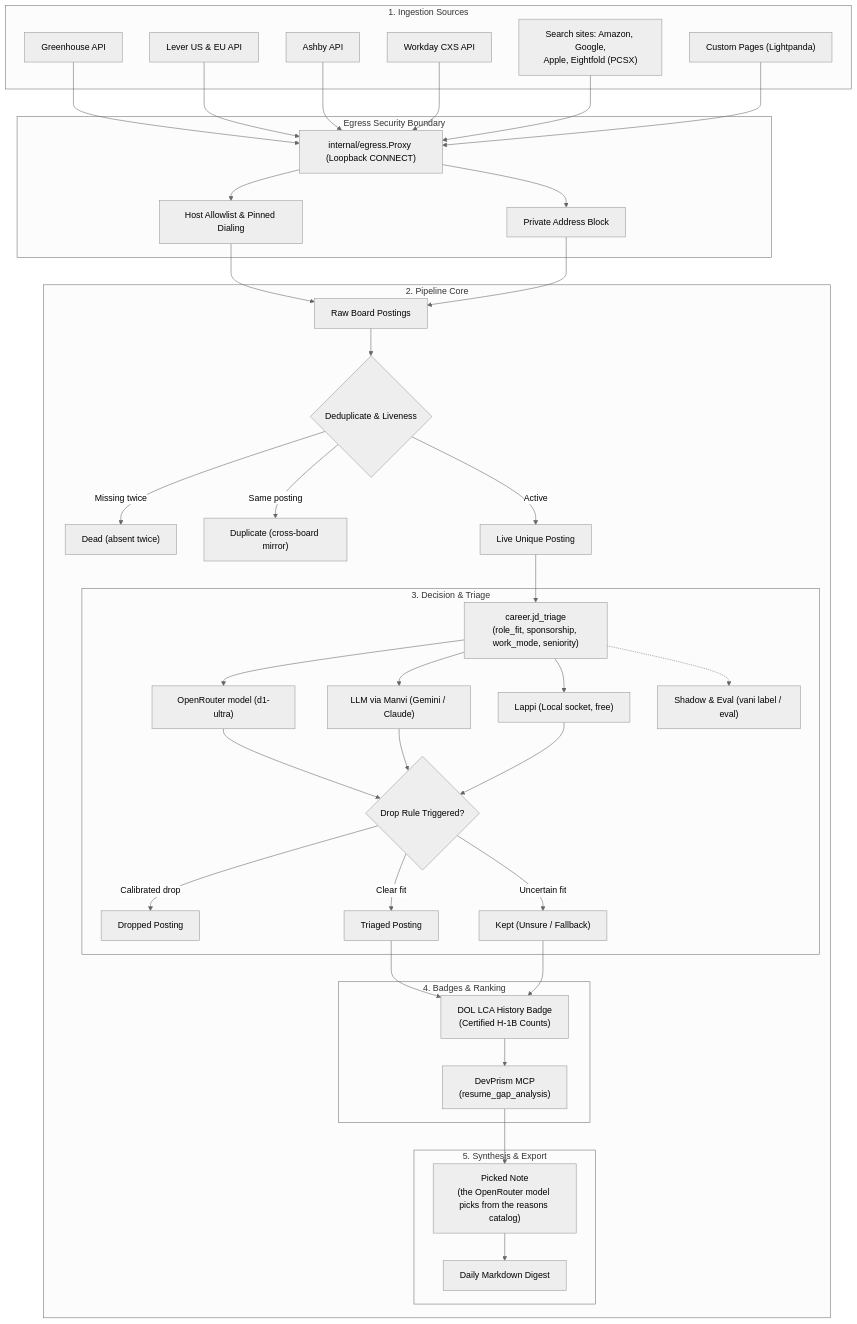
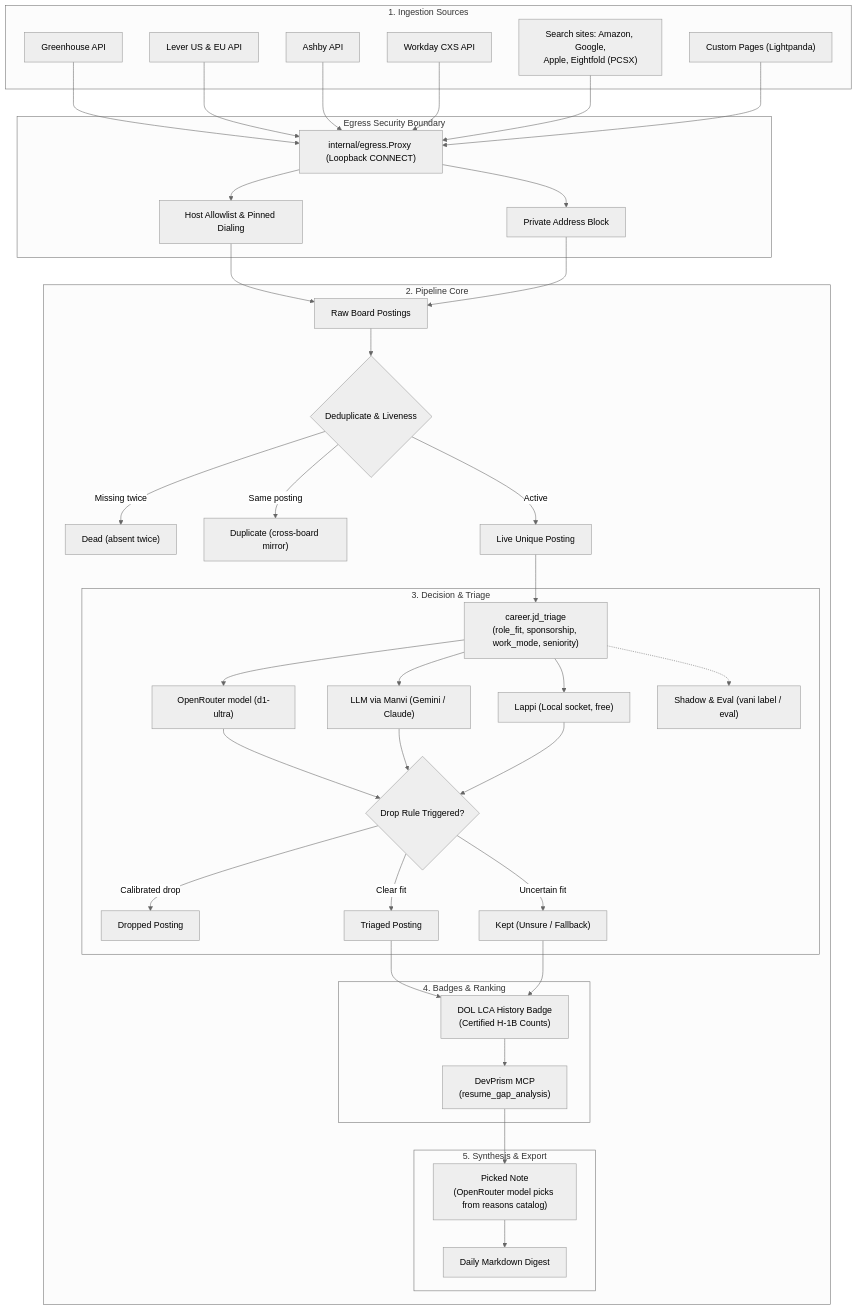
The first of 4 diagrams in README.md (bharathvbcr/vani), drawn with Mermaid (neutral theme) before and after one commit. The commit also changed other lines of this file and 6 other files, not shown here.

Commit message:
docs: add posting lifecycle state machine, decision tier architecture, PLAN.md, and make links relative

````diff
--- a/README.md
+++ b/README.md
@@ -16,68 +16,68 @@
 ```mermaid
 flowchart TD
     subgraph Sources["1. Ingestion Sources"]
         GH["Greenhouse API"]
         LV["Lever US & EU API"]
         AB["Ashby API"]
         WD["Workday CXS API"]
         SS["Search sites: Amazon, Google,\nApple, Eightfold (PCSX)"]
         PG["Custom Pages (Lightpanda)"]
     end
 
     subgraph Egress["Egress Security Boundary"]
         EP["internal/egress.Proxy (Loopback CONNECT)"]
         AL["Host Allowlist & Pinned Dialing"]
         PB["Private Address Block"]
     end
 
     subgraph Pipeline["2. Pipeline Core"]
         RAW["Raw Board Postings"]
         DEDUP{"Deduplicate & Liveness"}
         DEAD["Dead (absent twice)"]
         DUP["Duplicate (cross-board mirror)"]
         LIVE["Live Unique Posting"]
 
         subgraph Triage["3. Decision & Triage"]
             TR["career.jd_triage\n(role_fit, sponsorship, work_mode, seniority)"]
             JEV["OpenRouter model (d1-ultra)"]
             LLM["LLM via Manvi (Gemini / Claude)"]
             LAP["Lappi (Local socket, free)"]
             SHADOW["Shadow & Eval (vani label / eval)"]
             DROP_RULE{"Drop Rule Triggered?"}
             DROP["Dropped Posting"]
             UNSURE["Kept (Unsure / Fallback)"]
             TRIAGED["Triaged Posting"]
         end
 
         subgraph Enrich["4. Badges & Ranking"]
             LCA["DOL LCA History Badge\n(Certified H-1B Counts)"]
             DEVPRISM["DevPrism MCP\n(resume_gap_analysis)"]
         end
 
         subgraph Output["5. Synthesis & Export"]
-            EXP["Picked Note\n(the OpenRouter model picks from the reasons catalog)"]
+            EXP["Picked Note\n(OpenRouter model picks from reasons catalog)"]
             DIGEST["Daily Markdown Digest"]
         end
     end
 
     GH & LV & AB & WD & SS --> EP
     PG --> EP
     EP --> AL & PB --> RAW
     RAW --> DEDUP
     DEDUP -->|Missing twice| DEAD
     DEDUP -->|Same posting| DUP
     DEDUP -->|Active| LIVE
 
     LIVE --> TR
     TR --> JEV & LLM & LAP
     TR -.-> SHADOW
     JEV & LLM & LAP --> DROP_RULE
     DROP_RULE -->|Calibrated drop| DROP
     DROP_RULE -->|Uncertain fit| UNSURE
     DROP_RULE -->|Clear fit| TRIAGED
 
     TRIAGED & UNSURE --> LCA
     LCA --> DEVPRISM
     DEVPRISM --> EXP
     EXP --> DIGEST
 ```
````
